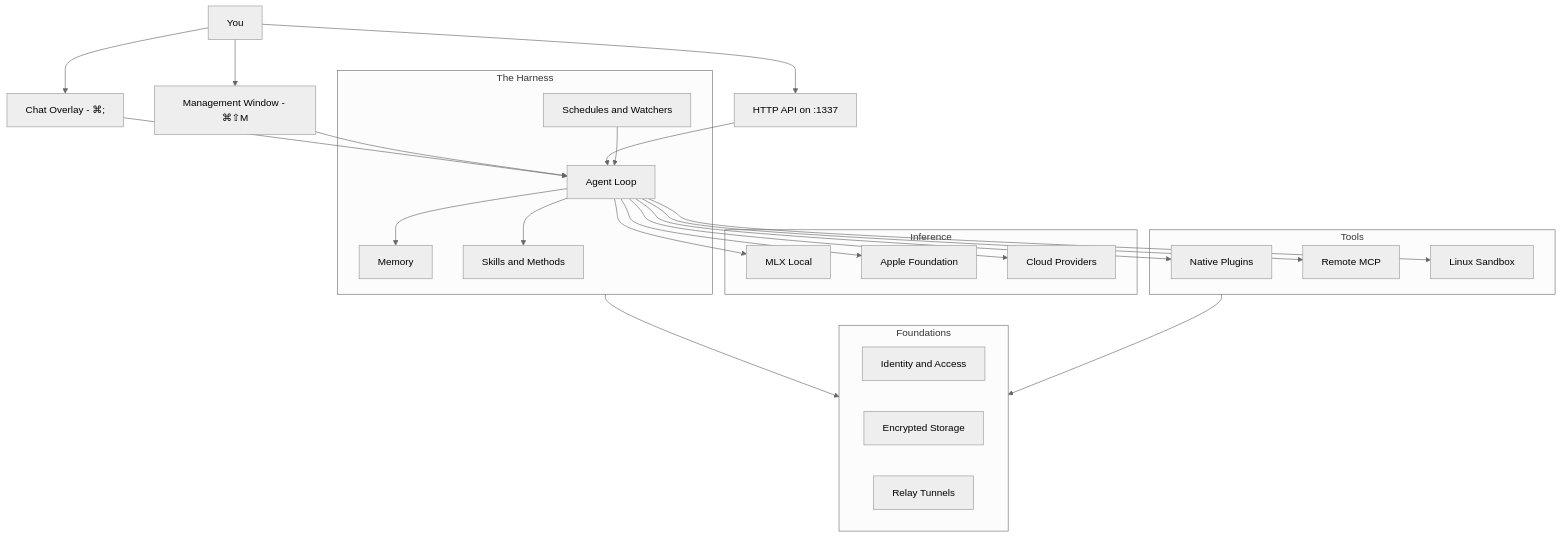
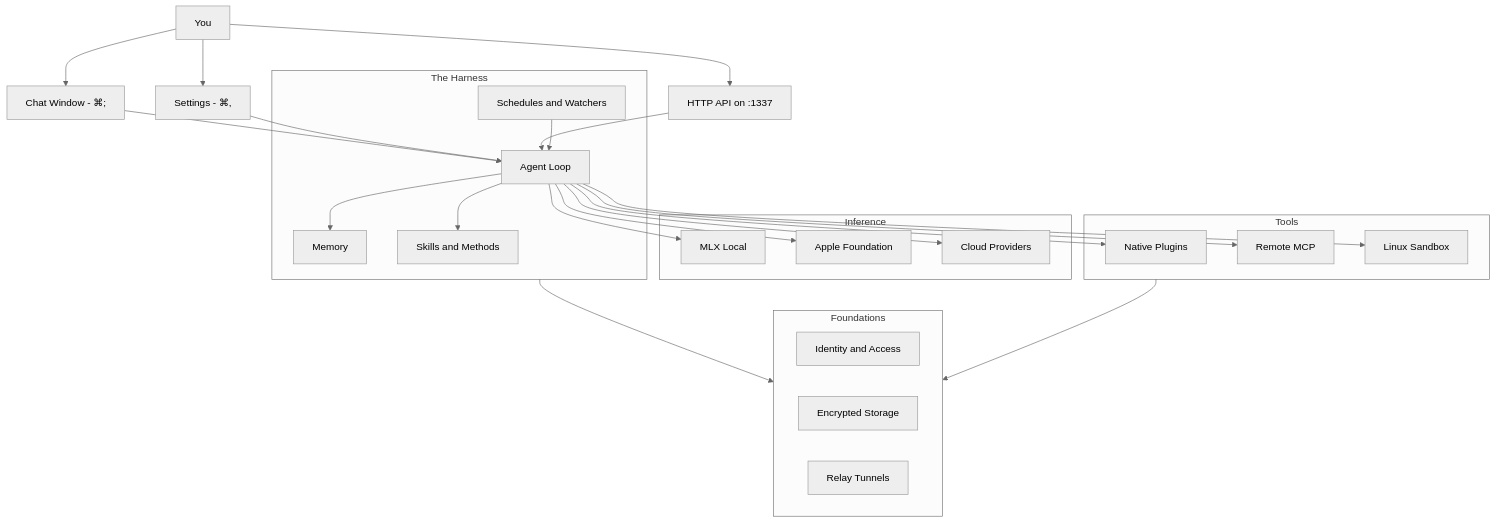
The diagram in docs/architecture.md (osaurus-ai/osaurus-docs), drawn with Mermaid (neutral theme) before and after one commit. The commit also changed other lines of this file and 85 other files, not shown here.

````diff
--- a/docs/architecture.md
+++ b/docs/architecture.md
@@ -23,55 +23,55 @@
 ```mermaid
 flowchart TB
     User[You]
-    Chat[Chat Overlay - ⌘;]
-    Mgmt[Management Window - ⌘⇧M]
+    Chat[Chat Window - ⌘;]
+    Mgmt[Settings - ⌘,]
     HTTP[HTTP API on :1337]
 
     User --> Chat
     User --> Mgmt
     User --> HTTP
 
     subgraph harness [The Harness]
         Loop[Agent Loop]
         Mem[Memory]
         Skills[Skills and Methods]
         Auto[Schedules and Watchers]
     end
 
     Chat --> Loop
     Mgmt --> Loop
     HTTP --> Loop
 
     Loop --> Mem
     Loop --> Skills
     Auto --> Loop
 
     subgraph providers [Inference]
         MLX[MLX Local]
         Foundation[Apple Foundation]
         Cloud[Cloud Providers]
     end
 
     Loop --> MLX
     Loop --> Foundation
     Loop --> Cloud
 
     subgraph plugins [Tools]
         Native[Native Plugins]
         MCP[Remote MCP]
         Sandbox[Linux Sandbox]
     end
 
     Loop --> Native
     Loop --> MCP
     Loop --> Sandbox
 
     subgraph foundationLayer [Foundations]
         Identity[Identity and Access]
         Storage[Encrypted Storage]
         Relay[Relay Tunnels]
     end
 
     harness --> foundationLayer
     plugins --> foundationLayer
 ```
````
